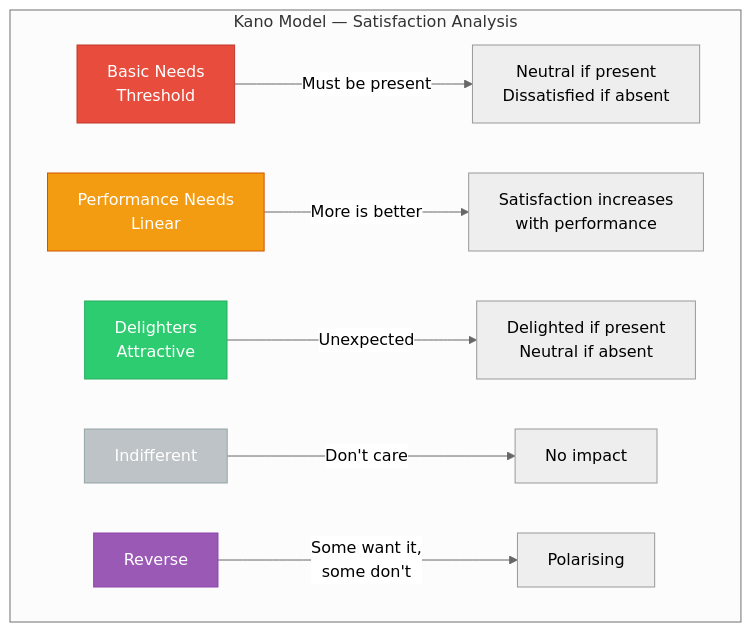
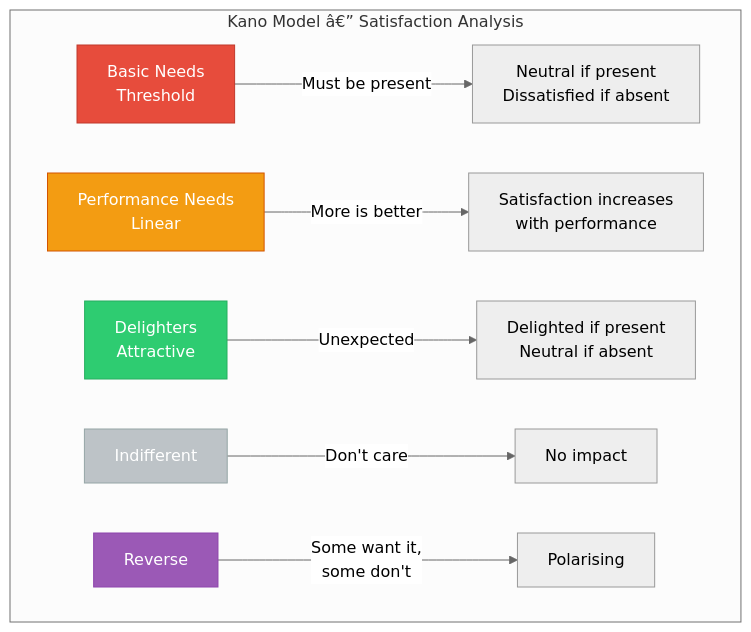
Before and after one commit to Raushan666java/ai-engineering-journey: the third of 6 diagrams in docs/courses/software-engineering/02-requirements.md, drawn with Mermaid (neutral theme). The commit also changed other lines of this file and 735 other files, not shown here.

````diff
--- a/docs/courses/software-engineering/02-requirements.md
+++ b/docs/courses/software-engineering/02-requirements.md
@@ -209,22 +209,22 @@
 ```mermaid
 graph TD
-    subgraph "Kano Model — Satisfaction Analysis"
+    subgraph "Kano Model â€” Satisfaction Analysis"
         direction LR
         A[Basic Needs<br/>Threshold] -->|Must be present| S1[Neutral if present<br/>Dissatisfied if absent]
         B[Performance Needs<br/>Linear] -->|More is better| S2[Satisfaction increases<br/>with performance]
         C[Delighters<br/>Attractive] -->|Unexpected| S3[Delighted if present<br/>Neutral if absent]
         D[Indifferent] -->|Don't care| S4[No impact]
         E[Reverse] -->|Some want it,<br/>some don't| S5[Polarising]
     end
 
     classDef basic fill:#e74c3c,stroke:#c0392b,color:#fff
     classDef perf fill:#f39c12,stroke:#d35400,color:#fff
     classDef delight fill:#2ecc71,stroke:#27ae60,color:#fff
     classDef indiff fill:#bdc3c7,stroke:#95a5a6,color:#fff
     classDef reverse fill:#9b59b6,stroke:#8e44ad,color:#fff
     class A basic
     class B perf
     class C delight
     class D indiff
     class E reverse
 ```
````
